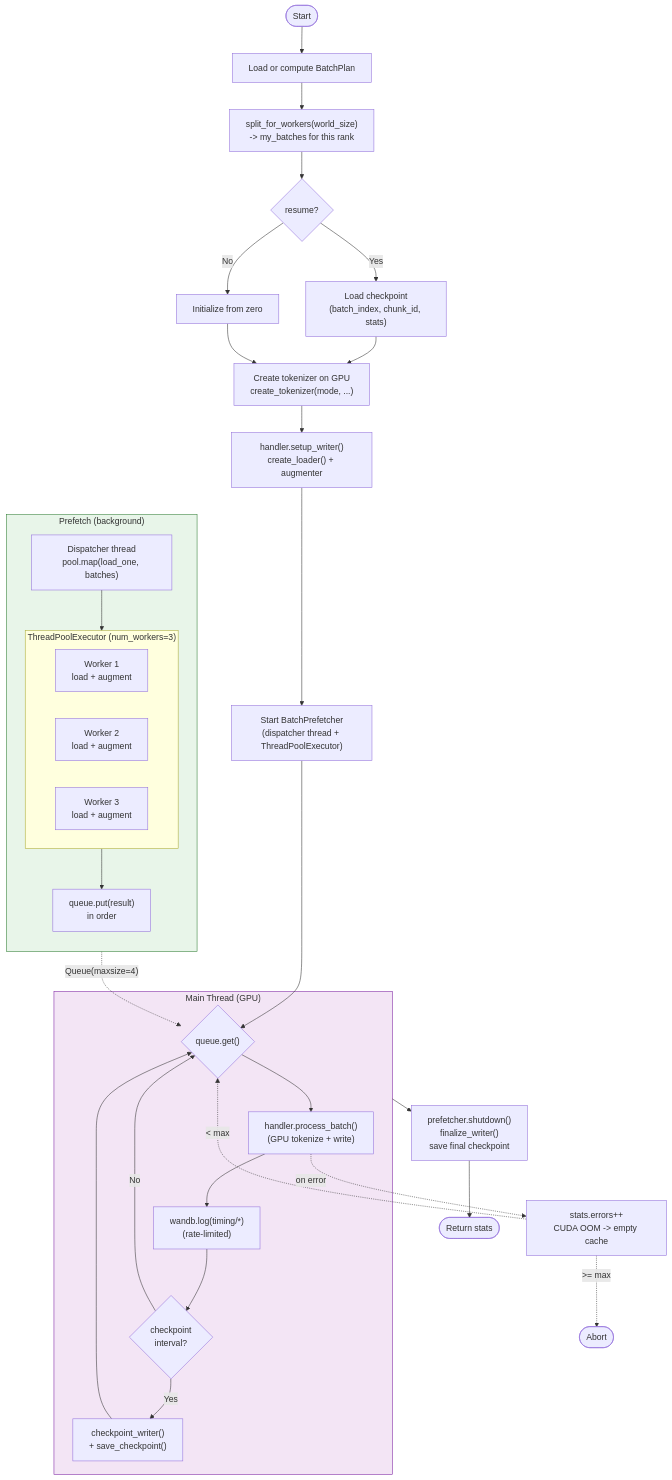
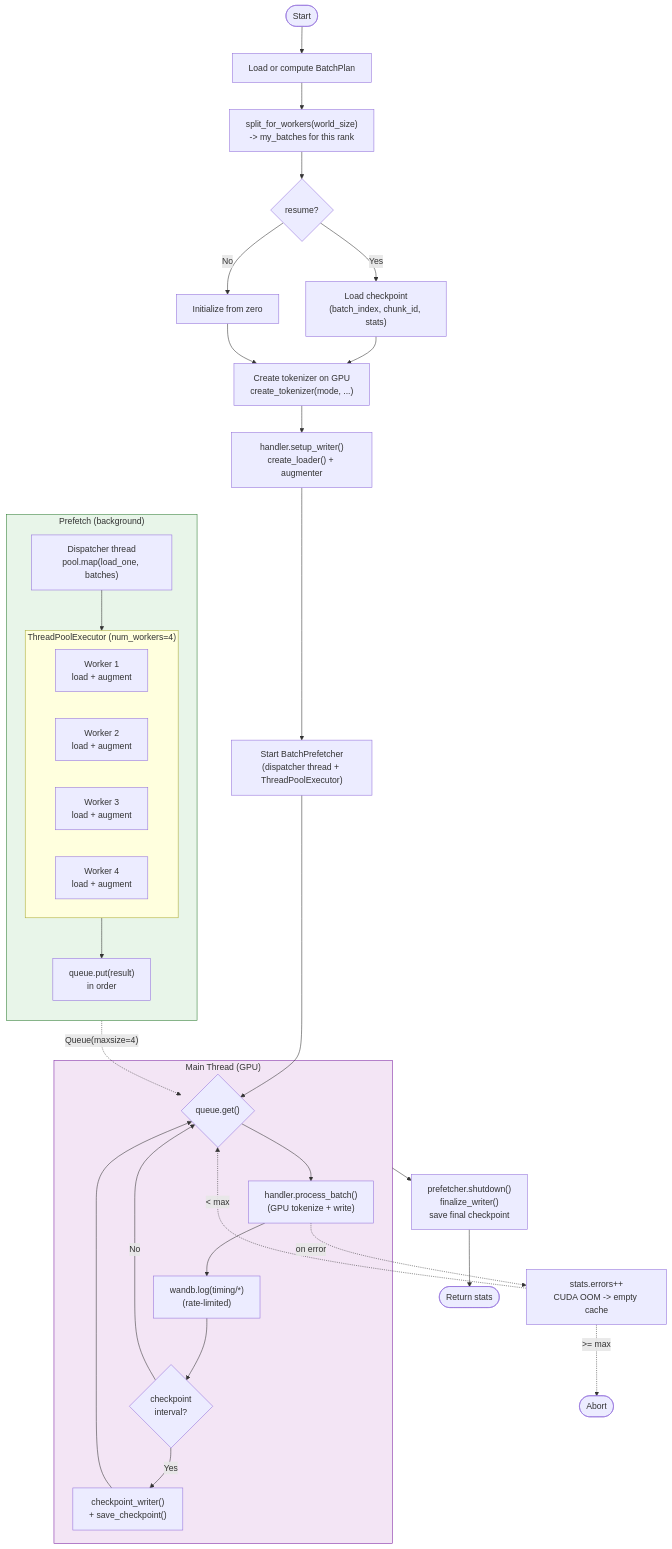
Before and after one commit to swiss-ai/benchmark-image-tokenzier: the fifth of 11 diagrams in vision_tokenization/README.md, drawn with Mermaid. The commit also changed other lines of this file, not shown here.

````diff
--- a/vision_tokenization/README.md
+++ b/vision_tokenization/README.md
@@ -346,55 +347,56 @@
 ```mermaid
 flowchart TD
     Start([Start]) --> LoadPlan["Load or compute BatchPlan"]
     LoadPlan --> Split["split_for_workers(world_size)<br/>-> my_batches for this rank"]
     Split --> Resume{"resume?"}
 
     Resume -->|Yes| LoadCkpt["Load checkpoint<br/>(batch_index, chunk_id, stats)"]
     Resume -->|No| InitStats["Initialize from zero"]
     LoadCkpt & InitStats --> CreateTok
 
     CreateTok["Create tokenizer on GPU<br/>create_tokenizer(mode, ...)"]
     CreateTok --> Setup["handler.setup_writer()<br/>create_loader() + augmenter"]
     Setup --> StartPrefetch["Start BatchPrefetcher<br/>(dispatcher thread + ThreadPoolExecutor)"]
     StartPrefetch --> LoopStart
 
     subgraph PrefetchThread["Prefetch (background)"]
         direction TB
         DISPATCH["Dispatcher thread<br/>pool.map(load_one, batches)"]
 
-        subgraph Pool["ThreadPoolExecutor (num_workers=3)"]
+        subgraph Pool["ThreadPoolExecutor (num_workers=4)"]
             direction LR
             W1["Worker 1<br/>load + augment"]
             W2["Worker 2<br/>load + augment"]
             W3["Worker 3<br/>load + augment"]
+            W4["Worker 4<br/>load + augment"]
         end
 
         DISPATCH --> Pool
         Pool --> PF_Queue["queue.put(result)<br/>in order"]
     end
 
     subgraph MainLoop["Main Thread (GPU)"]
         LoopStart{"queue.get()"} --> Process["handler.process_batch()<br/>(GPU tokenize + write)"]
         Process --> WandB["wandb.log(timing/*)<br/>(rate-limited)"]
         WandB --> ChkPt{"checkpoint<br/>interval?"}
         ChkPt -->|Yes| DoChkPt["checkpoint_writer()<br/>+ save_checkpoint()"]
         ChkPt -->|No| LoopStart
         DoChkPt --> LoopStart
     end
 
     PF_Queue -.->|"Queue(maxsize=4)"| LoopStart
 
     Process -.->|"on error"| ErrHandle["stats.errors++<br/>CUDA OOM -> empty cache"]
     ErrHandle -.->|"< max"| LoopStart
     ErrHandle -.->|">= max"| Abort([Abort])
 
     MainLoop --> Finalize["prefetcher.shutdown()<br/>finalize_writer()<br/>save final checkpoint"]
     Finalize --> Done([Return stats])
 
     click LoadPlan href "https://github.com/swiss-ai/benchmark-image-tokenzier/blob/main/vision_tokenization/pipelines/distributed/core.py"
     click CreateTok href "https://github.com/swiss-ai/benchmark-image-tokenzier/blob/main/vision_tokenization/vokenizers/emu/__init__.py"
     click StartPrefetch href "https://github.com/swiss-ai/benchmark-image-tokenzier/blob/main/vision_tokenization/pipelines/distributed/prefetch.py"
 
     style PrefetchThread fill:#e8f5e9,stroke:#2E7D32
     style MainLoop fill:#f3e5f5,stroke:#7B1FA2
 ```
````
